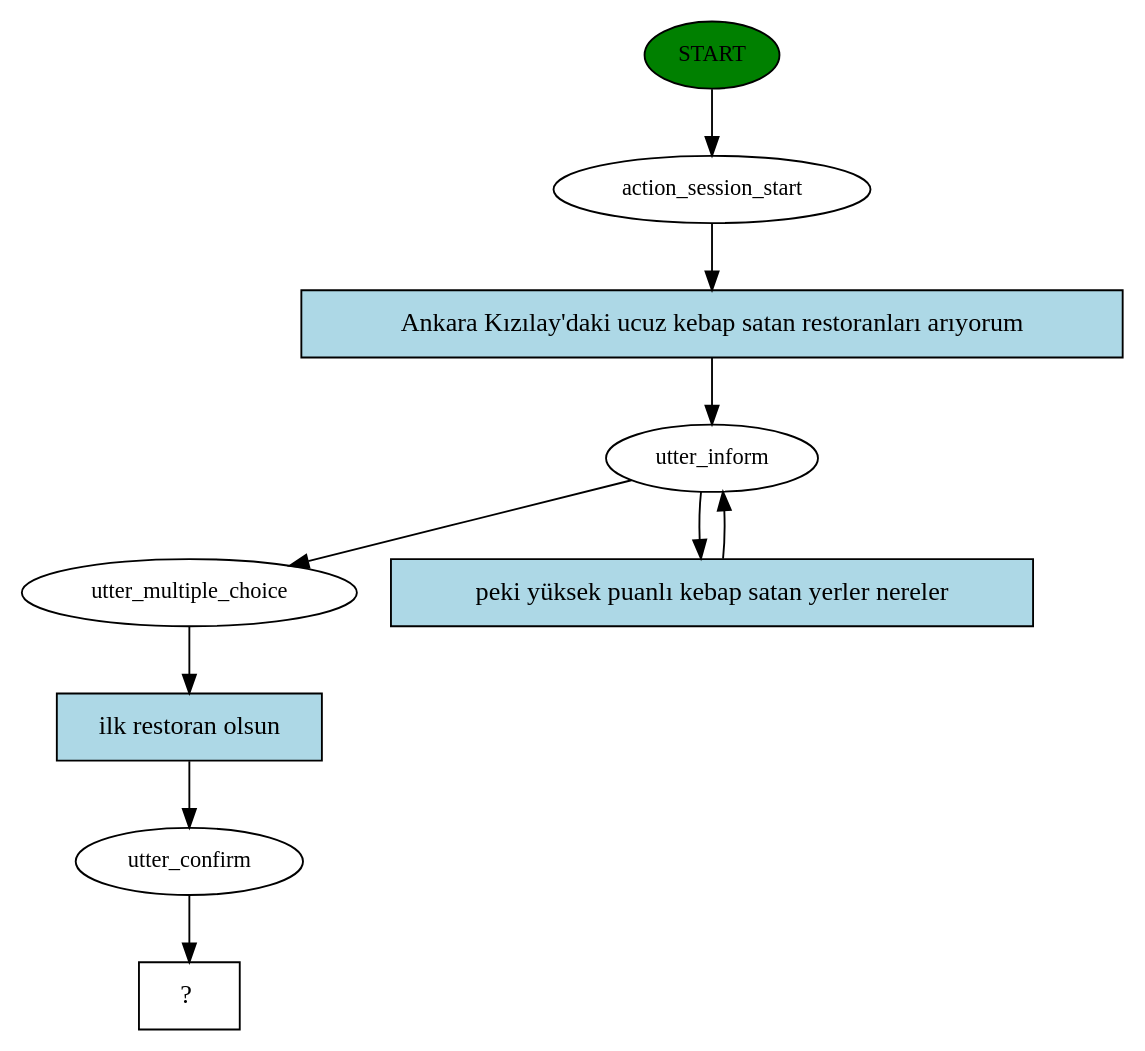
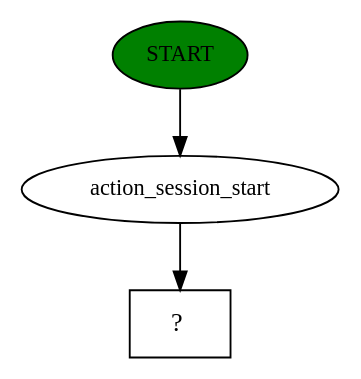
The diagram in story_graph.dot (vlknozr/VenueBot), drawn with Graphviz before and after one commit. The commit also changed 10 other files, not shown here.

```diff
--- a/story_graph.dot
+++ b/story_graph.dot
@@ -1,20 +1,7 @@
 digraph  {
 0 [class="start active", fillcolor=green, fontsize=12, label=START, style=filled];
 1 [class=active, fontsize=12, label=action_session_start];
-2 [class=active, fontsize=12, label=utter_inform];
-4 [class=active, fontsize=12, label=utter_multiple_choice];
-5 [class=active, fontsize=12, label=utter_confirm];
-6 [class="intent dashed active", label="  ?  ", shape=rect];
-7 [class="intent active", fillcolor=lightblue, label="Ankara Kızılay'daki ucuz kebap satan restoranları arıyorum", shape=rect, style=filled];
-8 [class="intent active", fillcolor=lightblue, label="peki yüksek puanlı kebap satan yerler nereler", shape=rect, style=filled];
-9 [class="intent active", fillcolor=lightblue, label="ilk restoran olsun", shape=rect, style=filled];
+2 [class="intent dashed active", label="  ?  ", shape=rect];
 0 -> 1  [class=active, key=NONE, label=""];
-1 -> 7  [class=active, key=0];
-2 -> 4  [class=active, key=NONE, label=""];
-2 -> 8  [class=active, key=0];
-4 -> 9  [class=active, key=0];
-5 -> 6  [class=active, key=NONE, label=""];
-7 -> 2  [class=active, key=0];
-8 -> 2  [class=active, key=0];
-9 -> 5  [class=active, key=0];
+1 -> 2  [class=active, key=NONE, label=""];
 }
```
